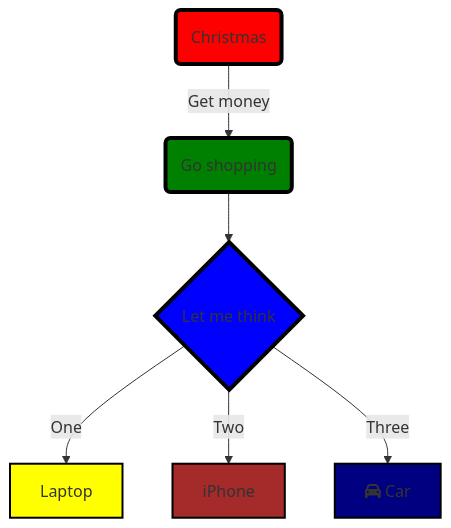
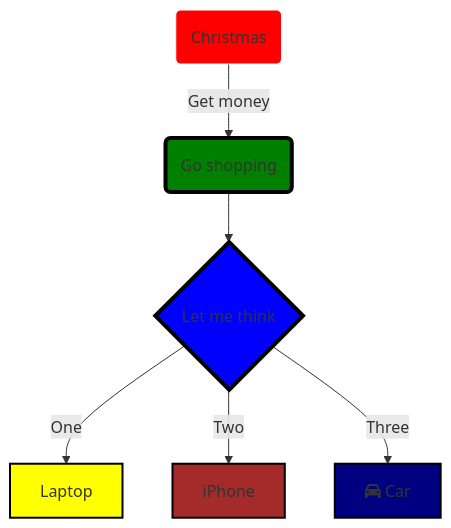
One commit to singhanmolpreet/mermaid changed the second of 2 diagrams in README.md. Above: the diagram before and after it, drawn with Mermaid.

````diff
--- a/README.md
+++ b/README.md
@@ -12,14 +12,16 @@
 ```mermaid
 flowchart TD
     A(Christmas)-- Get money -->B(Go shopping)
-    style A fill:red,stroke:black,stroke-width:4px,shadow:shadow
     B --> C{Let me think}
-    style B fill:green,stroke:black,stroke-width:4px,shadow:shadow
-    C -->|One| D[Laptop]
-    style C fill:blue,stroke:black,stroke-width:4px,shadow:shadow
+    C -->|One| D[Laptop] 
     C -->|Two| E[iPhone]
     C -->|Three| F[fa:fa-car Car]
+    style A fill:red,stroke:white
+    style B fill:green,stroke:black,stroke-width:4px,shadow:shadow
+    style C fill:blue,stroke:black,stroke-width:4px,shadow:shadow
     style D fill:yellow,stroke:black,stroke-width:2px,shadow:shadow
     style E fill:brown,stroke:black,stroke-width:2px,shadow:shadow
     style F fill:navy,stroke:black,stroke-width:2px,shadow:shadow
+   
+    
 ```
````
